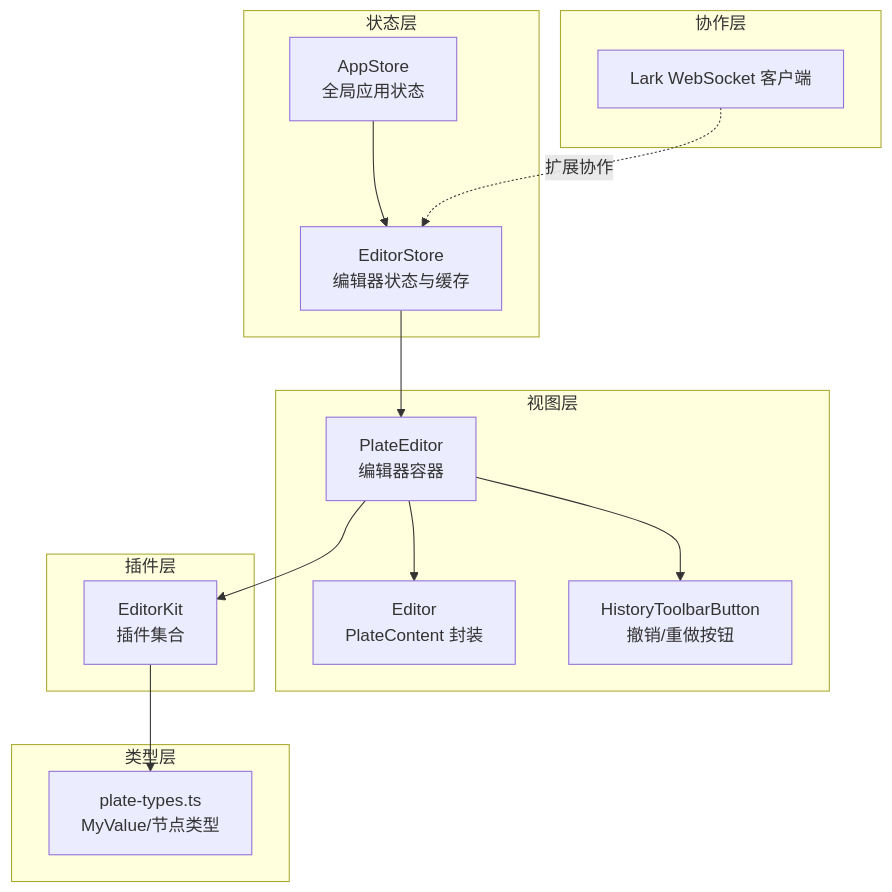
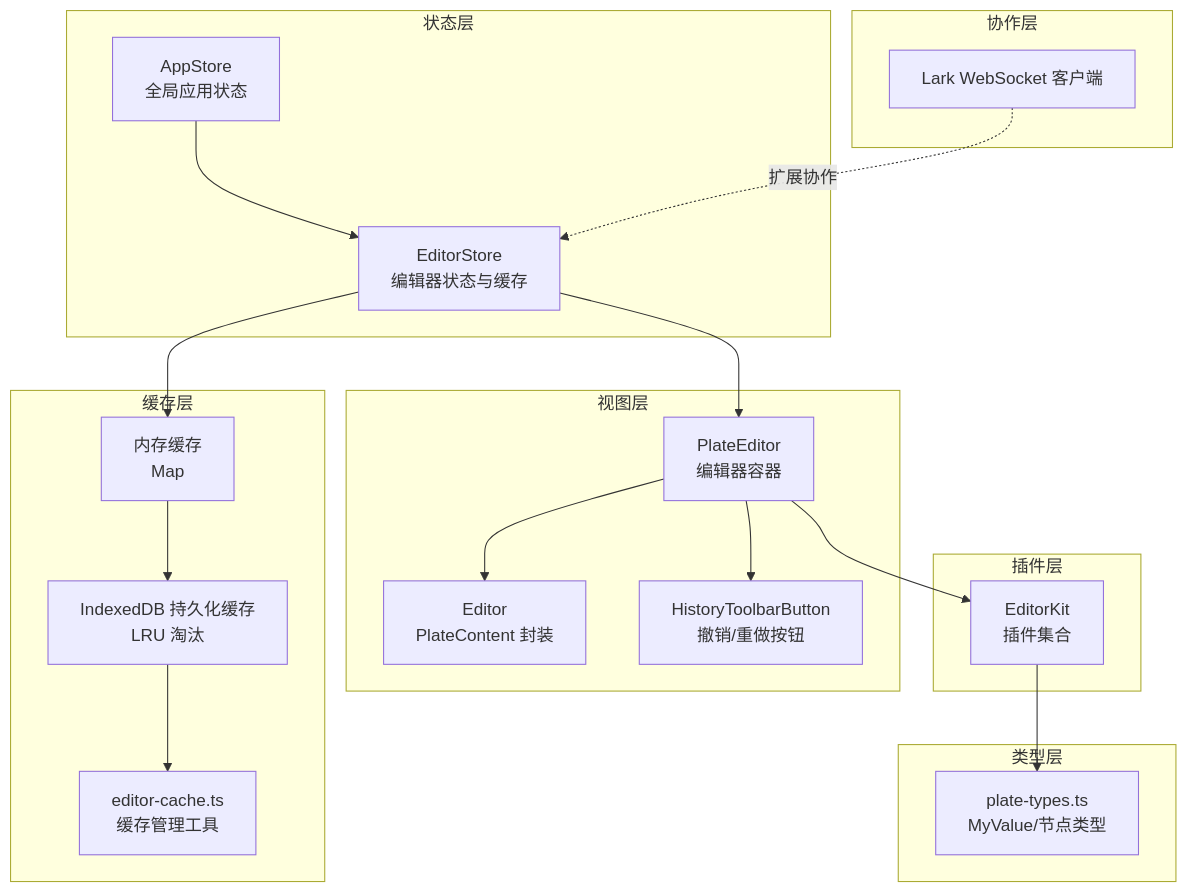
One commit to BlackBoxRecorder/uninote changed the first of 7 diagrams in .qoder/repowiki/zh/content/状态管理/编辑器状态.md. Above: the diagram before and after it, drawn with Mermaid. The commit also changed other lines of this file and 9 other files, not shown here.

````diff
--- a/.qoder/repowiki/zh/content/状态管理/编辑器状态.md
+++ b/.qoder/repowiki/zh/content/状态管理/编辑器状态.md
@@ -52,28 +62,36 @@
 ```mermaid
 graph TB
 subgraph "状态层"
 ES["EditorStore<br/>编辑器状态与缓存"]
 AS["AppStore<br/>全局应用状态"]
+end
+subgraph "缓存层"
+MC["内存缓存<br/>Map<String, CachedContent>"]
+IDB["IndexedDB 持久化缓存<br/>LRU 淘汰"]
+EC["editor-cache.ts<br/>缓存管理工具"]
 end
 subgraph "视图层"
 PE["PlateEditor<br/>编辑器容器"]
 ED["Editor<br/>PlateContent 封装"]
 HTB["HistoryToolbarButton<br/>撤销/重做按钮"]
 end
 subgraph "插件层"
 EK["EditorKit<br/>插件集合"]
 end
 subgraph "类型层"
 PT["plate-types.ts<br/>MyValue/节点类型"]
 end
 subgraph "协作层"
 WS["Lark WebSocket 客户端"]
 end
+ES --> MC
+MC --> IDB
+IDB --> EC
 ES --> PE
 AS --> ES
 PE --> ED
 PE --> HTB
 PE --> EK
 EK --> PT
 WS -. 扩展协作 .-> ES
 ```
````
